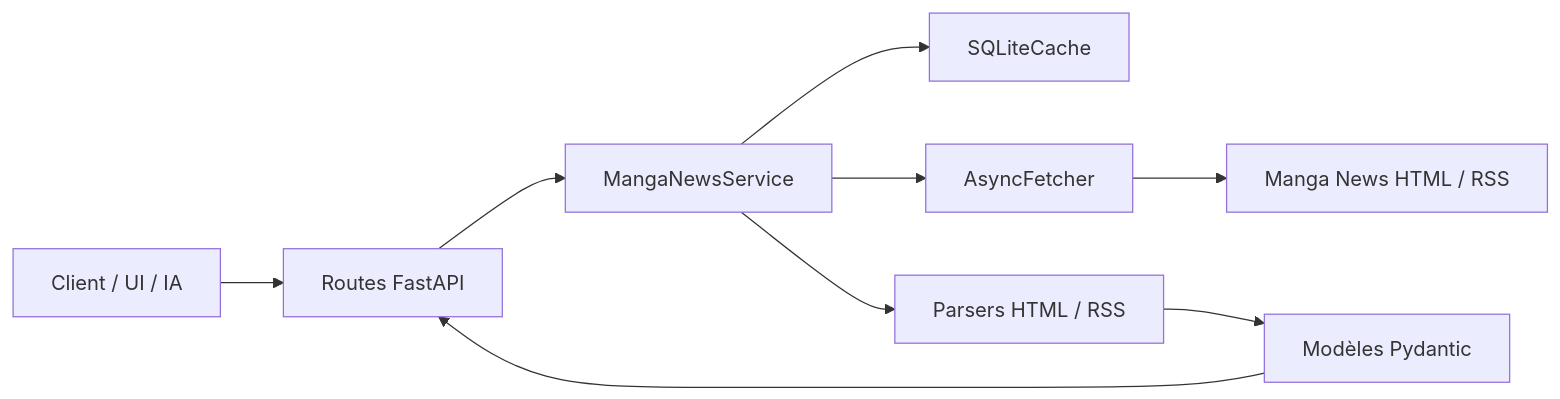
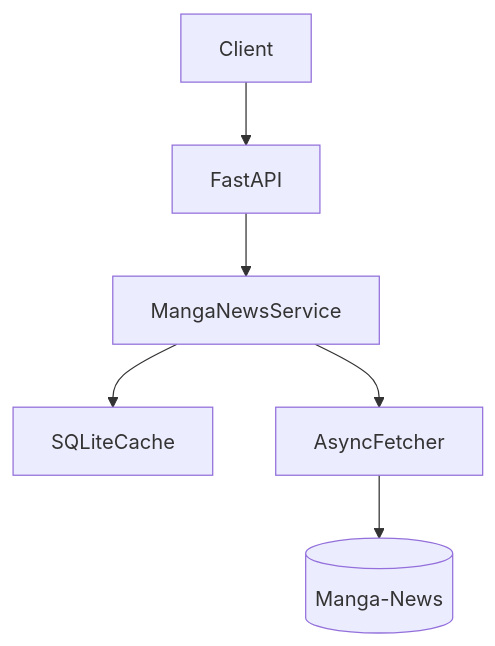
One commit to Hitman47/APIManga_News changed the first of 2 diagrams in docs/ARCHITECTURE.md. Above: the diagram before and after it, drawn with Mermaid. The commit also changed other lines of this file and 21 other files, not shown here.

````diff
--- a/docs/ARCHITECTURE.md
+++ b/docs/ARCHITECTURE.md
@@ -7,11 +5,8 @@
 ```mermaid
-flowchart LR
-    C[Client / UI / IA] --> R[Routes FastAPI]
-    R --> S[MangaNewsService]
-    S --> K[SQLiteCache]
-    S --> F[AsyncFetcher]
-    F --> U[Manga News HTML / RSS]
-    S --> P[Parsers HTML / RSS]
-    P --> M[Modèles Pydantic]
-    M --> R
+flowchart TD
+    Client --> FastAPI
+    FastAPI --> MangaNewsService
+    MangaNewsService --> SQLiteCache
+    MangaNewsService --> AsyncFetcher
+    AsyncFetcher --> MangaNews[(Manga-News)]
 ```
````
